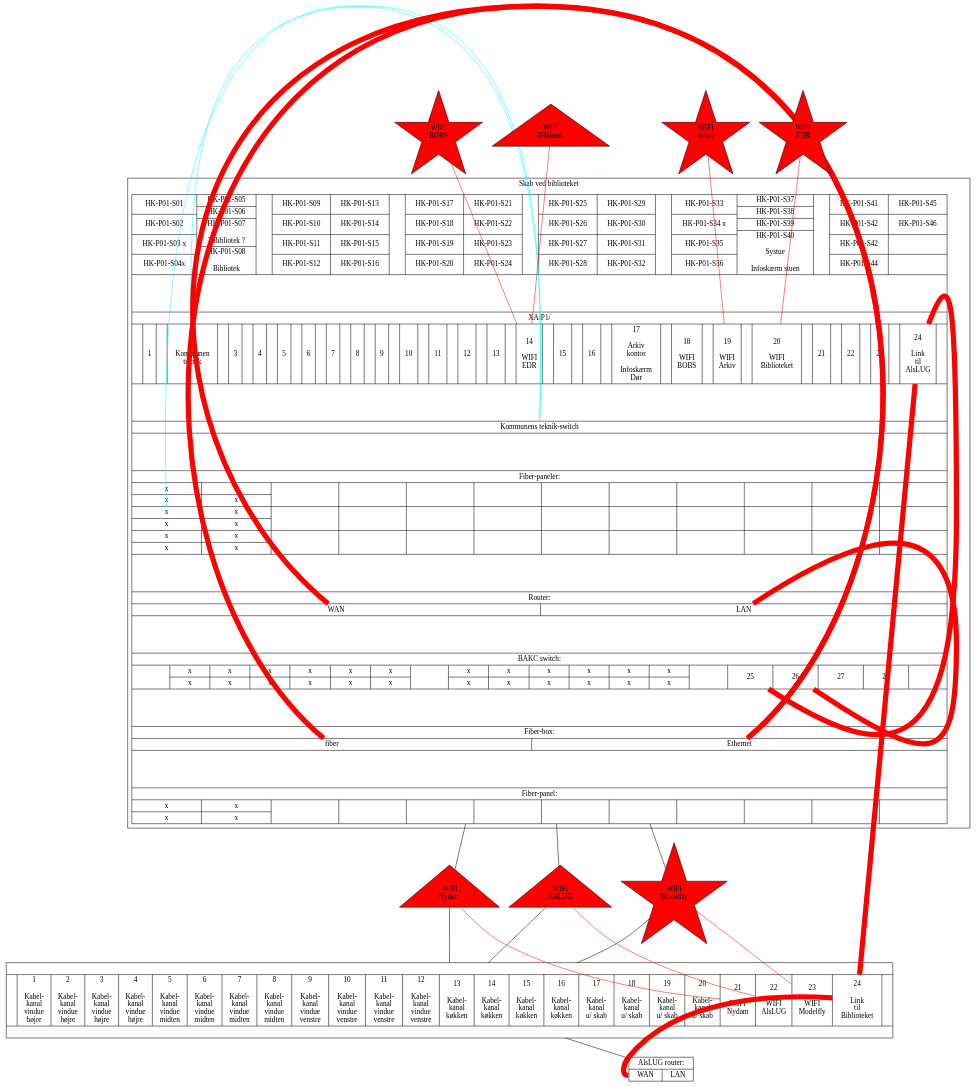
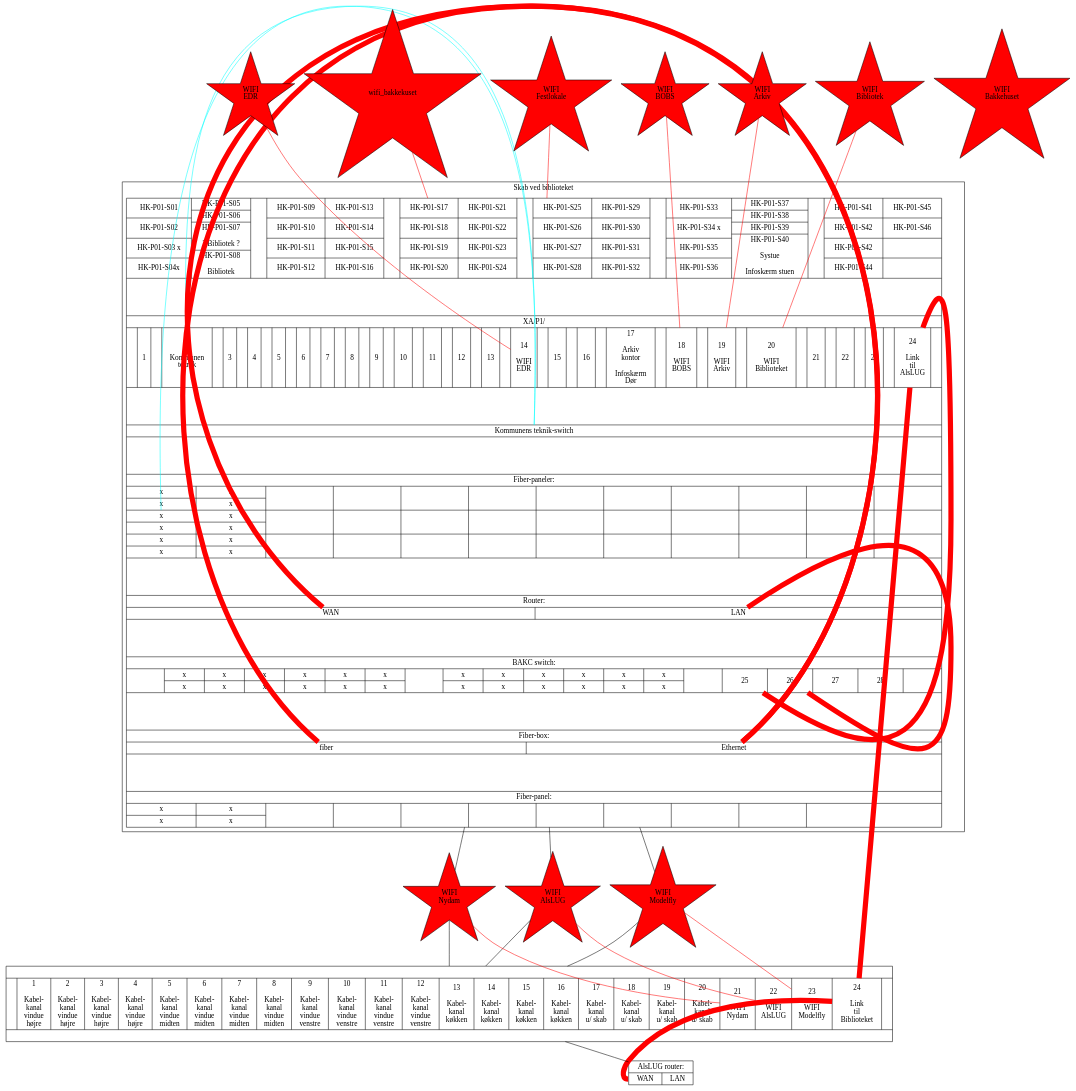
One commit to alslug/alslug.dk changed the diagram in projekter/patch-paneler.dot. Above: the diagram before and after it, drawn with Graphviz.

```diff
--- a/projekter/patch-paneler.dot
+++ b/projekter/patch-paneler.dot
@@ -208,27 +208,23 @@
   bib_skab:stofabox_ethernet -> bib_skab:route_wan [ color=red penwidth=10 ];
   bib_skab:router_lan -> bib_skab:switch_26 [ color=red penwidth=10 ];
 
-  {
-    node [shape=star];
-    edge [];
-    wifi_bobs [ style=filled fillcolor=red label="WIFI\nBOBS" ];
-    wifi_bobs -> bib_skab:xa_p1_14 [ color=red penwidth=1 ];
-    wifi_arkiv [ style=filled fillcolor=red label="WIFI\nArkiv" ];
-    wifi_arkiv -> bib_skab:xa_p1_19 [ color=red penwidth=1 ];
-    wifi_modelfly [ style=filled fillcolor=red label="WIFI\nModelfly" ];
-    wifi_modelfly -> alslug_patch:23 [ color=red penwidth=1 ];
-    wifi_edr [ style=filled fillcolor=red label="WIFI\nEDR" ];
-    wifi_edr -> bib_skab:xa_p1_20 [ color=red penwidth=1 ];
+  { # Ruckus accesspoints
+    node [shape=star style=filled fillcolor=red ];
+    edge [ color=red penwidth=1 ];
+    wifi_bakkekuset -> bib_skab:xa_p1_99;  wifi_bakkehuset [ label="WIFI\nBakkehuset" ];
+    wifi_festlokale -> bib_skab:xa_p1_99;  wifi_festlokale [ label="WIFI\nFestlokale" ];
 
-    wifi_bib [ shape=triangle style=filled fillcolor=red label="WIFI\nBibliotek" ];
-    wifi_bib -> bib_skab:xa_p1_14 [ color=red penwidth=1 ];
-    wifi_alslug [ shape=triangle style=filled fillcolor=red label="WIFI\nAlsLUG" ];
-    wifi_alslug -> alslug_patch:22 [ color=red penwidth=1 ];
-    wifi_nydam [ shape=triangle style=filled fillcolor=red label="WIFI\nNydam" ];
-    wifi_nydam -> alslug_patch:21 [ color=red penwidth=1 ];
+    wifi_bobs       -> bib_skab:xa_p1_18;  wifi_bobs       [ label="WIFI\nBOBS"       ];
+    wifi_arkiv      -> bib_skab:xa_p1_19;  wifi_arkiv      [ label="WIFI\nArkiv"      ];
+    wifi_modelfly   -> alslug_patch:23;    wifi_modelfly   [ label="WIFI\nModelfly"   ];
+    wifi_edr        -> bib_skab:xa_p1_14;  wifi_edr        [ label="WIFI\nEDR"        ];
+
+    wifi_bib        -> bib_skab:xa_p1_20;  wifi_bib        [ label="WIFI\nBibliotek"  ];
+    wifi_alslug     -> alslug_patch:22;    wifi_alslug     [ label="WIFI\nAlsLUG"     ];
+    wifi_nydam      -> alslug_patch:21;    wifi_nydam      [ label="WIFI\nNydam"      ];
   }
 
-bib_skab:switch_25 -> bib_skab:xa_p1_24 -> alslug_patch:24 -> alslug_router:wan [ color=red penwidth=10 ];
+  bib_skab:switch_25 -> bib_skab:xa_p1_24 -> alslug_patch:24 -> alslug_router:wan [ color=red penwidth=10 ];
   
   bib_skab -> { wifi_alslug wifi_nydam wifi_modelfly} -> alslug_patch -> { alslug_router };
 }
```
